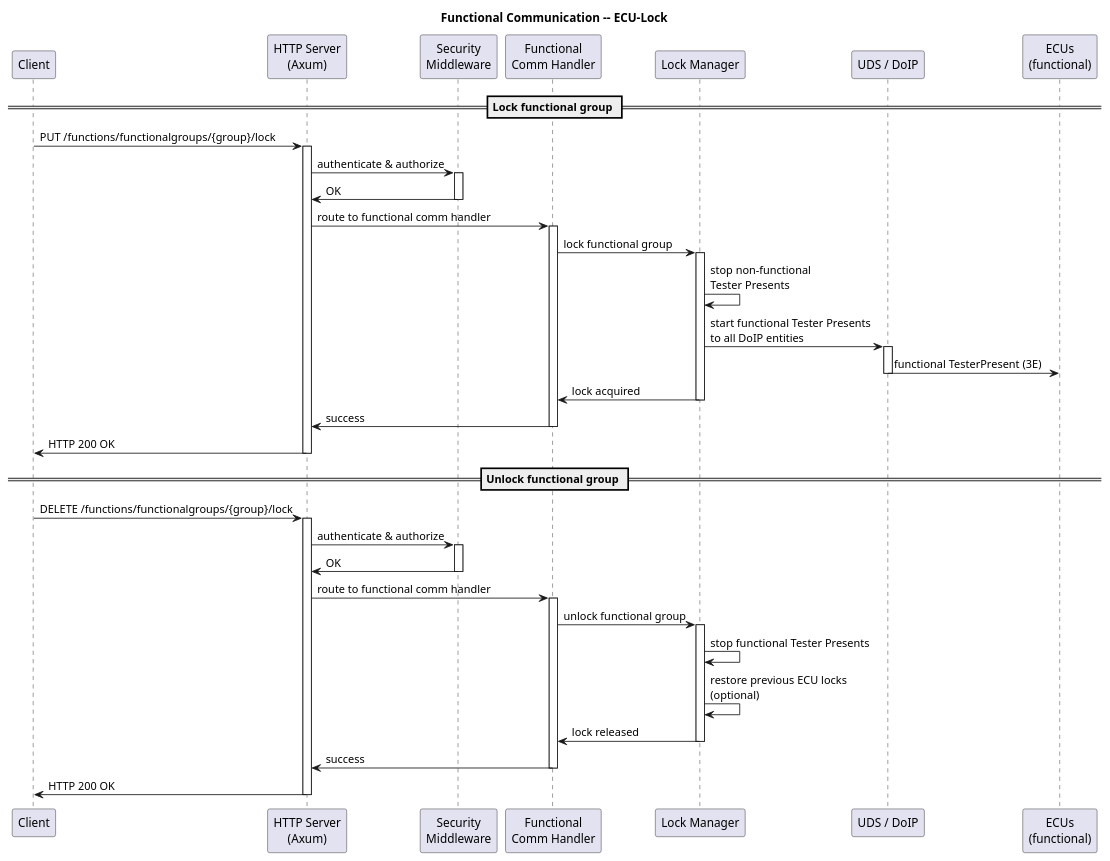
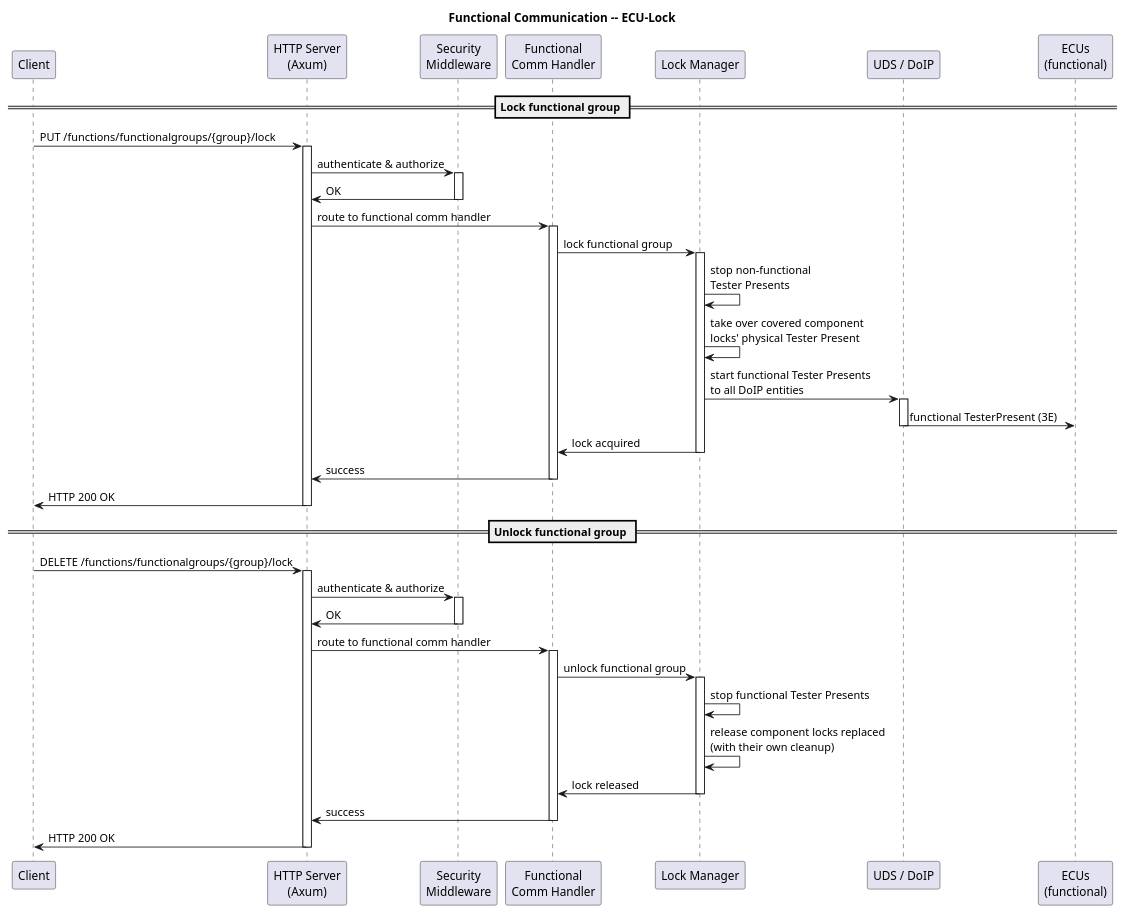
The diagram in docs/03_architecture/02_sovd-api/03_extensions/images/functional_comm_locks.puml (eclipse-opensovd/classic-diagnostic-adapter), drawn with PlantUML before and after one commit. The commit also changed 10 other files, not shown here.

First line of the commit message:
fix(locks): functional-group locks replace and own covered ECU locks

```diff
--- a/docs/03_architecture/02_sovd-api/03_extensions/images/functional_comm_locks.puml
+++ b/docs/03_architecture/02_sovd-api/03_extensions/images/functional_comm_locks.puml
@@ -12,71 +12,72 @@
 @startuml
 title Functional Communication -- ECU-Lock
 
 participant Client
 participant "HTTP Server\n(Axum)" as HTTP
 participant "Security\nMiddleware" as SEC
 participant "Functional\nComm Handler" as HANDLER
 participant "Lock Manager" as LOCK
 participant "UDS / DoIP" as COMM
 participant "ECUs\n(functional)" as ECUS
 
 == Lock functional group ==
 
 Client -> HTTP : PUT /functions/functionalgroups/{group}/lock
 activate HTTP
 
 HTTP -> SEC : authenticate & authorize
 activate SEC
 SEC -> HTTP : OK
 deactivate SEC
 
 HTTP -> HANDLER : route to functional comm handler
 activate HANDLER
 
 HANDLER -> LOCK : lock functional group
 activate LOCK
 
 LOCK -> LOCK : stop non-functional\nTester Presents
+LOCK -> LOCK : take over covered component\nlocks' physical Tester Present
 LOCK -> COMM : start functional Tester Presents\nto all DoIP entities
 activate COMM
 COMM -> ECUS : functional TesterPresent (3E)
 deactivate COMM
 
 LOCK -> HANDLER : lock acquired
 deactivate LOCK
 
 HANDLER -> HTTP : success
 deactivate HANDLER
 
 HTTP -> Client : HTTP 200 OK
 deactivate HTTP
 
 == Unlock functional group ==
 
 Client -> HTTP : DELETE /functions/functionalgroups/{group}/lock
 activate HTTP
 
 HTTP -> SEC : authenticate & authorize
 activate SEC
 SEC -> HTTP : OK
 deactivate SEC
 
 HTTP -> HANDLER : route to functional comm handler
 activate HANDLER
 
 HANDLER -> LOCK : unlock functional group
 activate LOCK
 
 LOCK -> LOCK : stop functional Tester Presents
-LOCK -> LOCK : restore previous ECU locks\n(optional)
+LOCK -> LOCK : release component locks replaced\n(with their own cleanup)
 
 LOCK -> HANDLER : lock released
 deactivate LOCK
 
 HANDLER -> HTTP : success
 deactivate HANDLER
 
 HTTP -> Client : HTTP 200 OK
 deactivate HTTP
 
 @enduml
```
